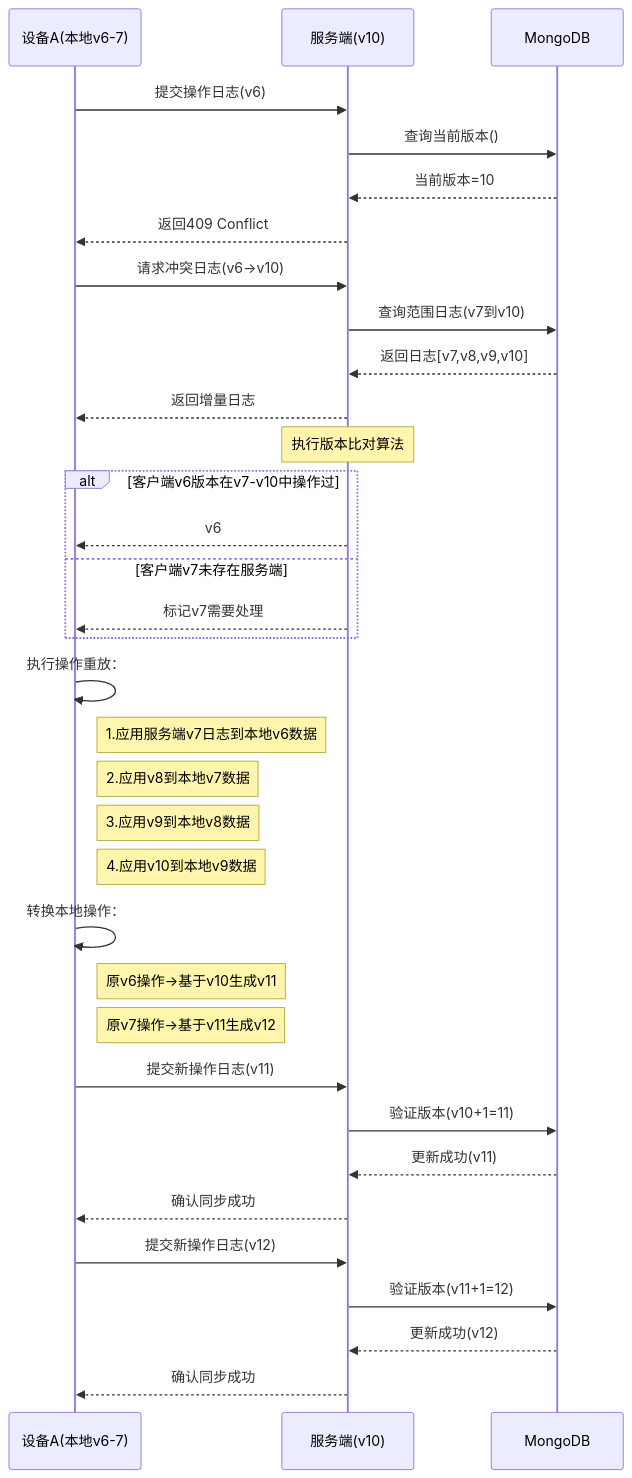
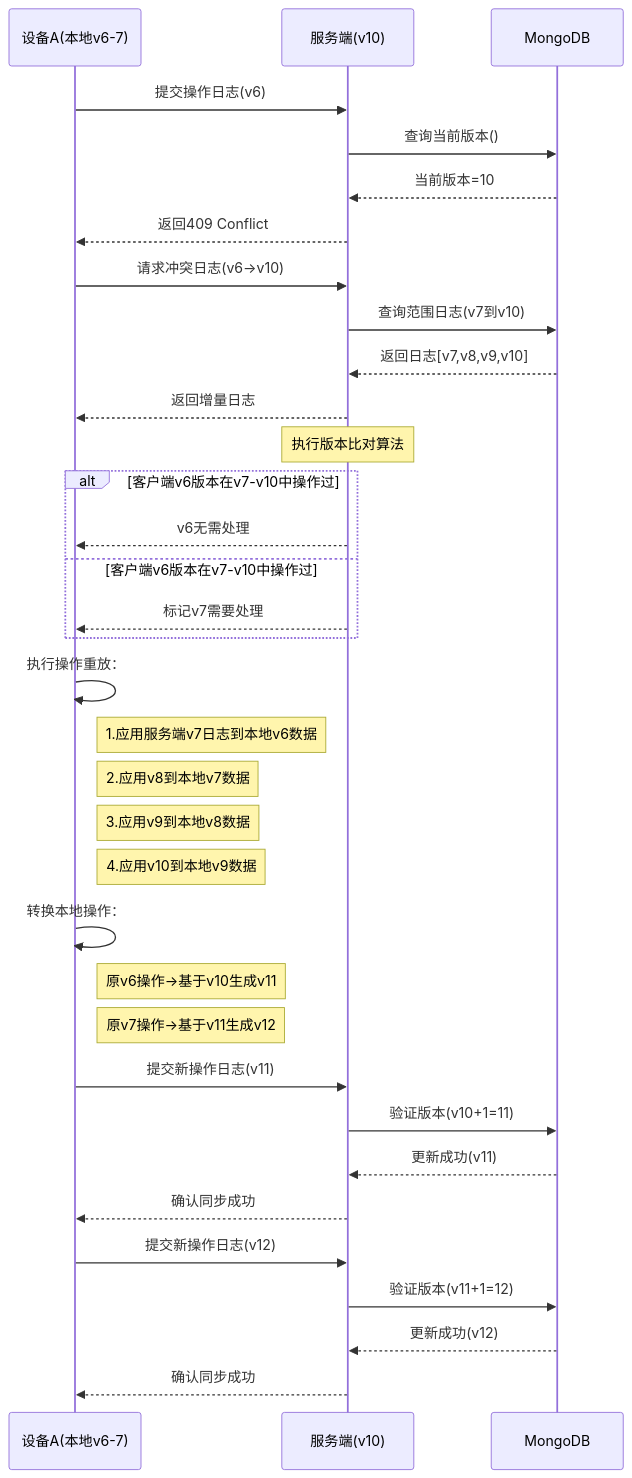
Before and after one commit to yingjianzh/iodraw-files: the diagram in all/未命名-26.md, drawn with Mermaid.

Commit message:
2025-02-26 16:48:47 update

````diff
--- a/all/未命名-26.md
+++ b/all/未命名-26.md
@@ -1,49 +1,49 @@
 ```mermaid
 sequenceDiagram
     participant A as 设备A(本地v6-7)
     participant S as 服务端(v10)
     participant DB as MongoDB
 
     %% 初始同步尝试
     A->>S: 提交操作日志(v6)
     S->>DB: 查询当前版本()
     DB-->>S: 当前版本=10
     S-->>A: 返回409 Conflict
 
     %% 冲突解决阶段
     A->>S: 请求冲突日志(v6→v10)
     S->>DB: 查询范围日志(v7到v10)
     DB-->>S: 返回日志[v7,v8,v9,v10]
     S-->>A: 返回增量日志
 
 
     Note over S: 执行版本比对算法
     alt 客户端v6版本在v7-v10中操作过
-        S-->>A: v6
-    else 客户端v7未存在服务端
+        S-->>A: v6无需处理
+    else 客户端v6版本在v7-v10中操作过
         S-->>A: 标记v7需要处理
     end
 
     %% 本地数据重建
     A->>A: 执行操作重放：
     note right of A: 1.应用服务端v7日志到本地v6数据
     note right of A: 2.应用v8到本地v7数据
     note right of A: 3.应用v9到本地v8数据
     note right of A: 4.应用v10到本地v9数据
 
     %% 本地操作转换
     A->>A: 转换本地操作：
     note right of A: 原v6操作→基于v10生成v11
     note right of A: 原v7操作→基于v11生成v12
 
     %% 重新提交
     A->>S: 提交新操作日志(v11)
     S->>DB: 验证版本(v10+1=11)
     DB-->>S: 更新成功(v11)
     S-->>A: 确认同步成功
 
     A->>S: 提交新操作日志(v12)
     S->>DB: 验证版本(v11+1=12)
     DB-->>S: 更新成功(v12)
     S-->>A: 确认同步成功
 ```
````
